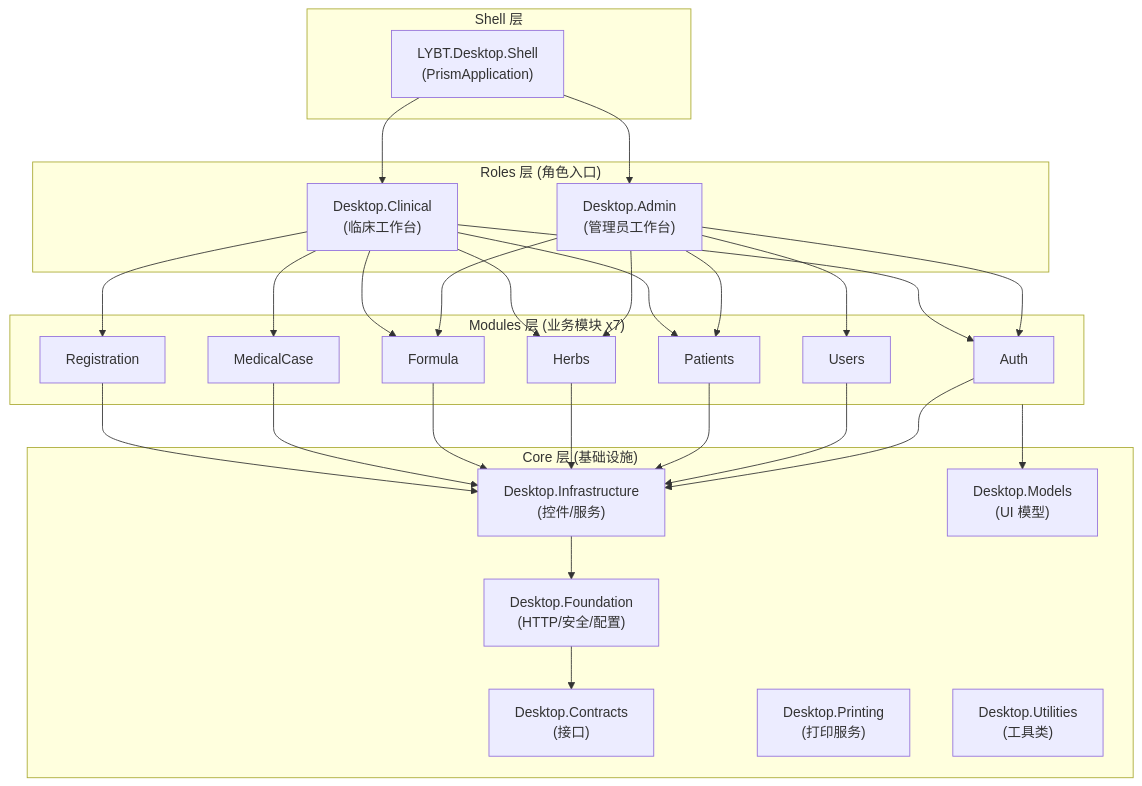
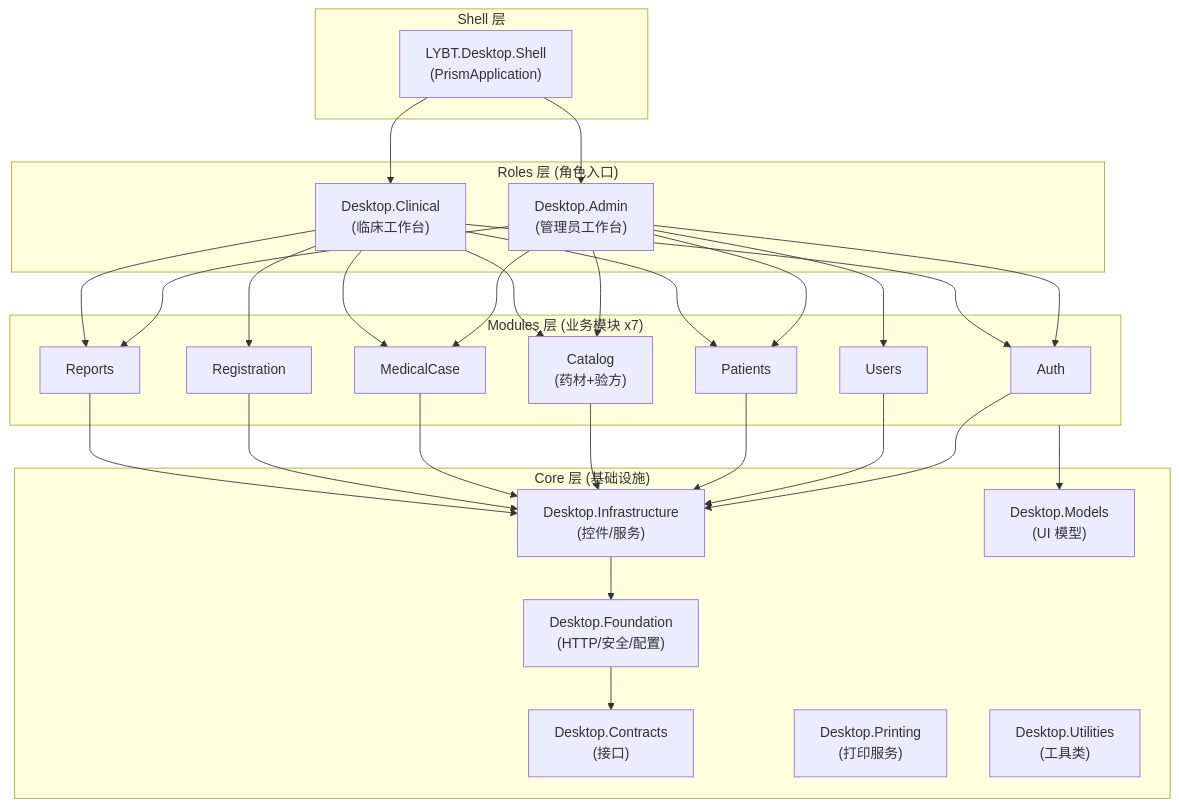
Before and after one commit to shouqitao/LYBTZYZS: the diagram in docs/03-architecture/02-desktop.md, drawn with Mermaid. The commit also changed other lines of this file and 4 other files, not shown here.

````diff
--- a/docs/03-architecture/02-desktop.md
+++ b/docs/03-architecture/02-desktop.md
@@ -12,37 +12,37 @@
 ```mermaid
 graph TB
     subgraph Shell["Shell 层"]
         App["LYBT.Desktop.Shell<br>(PrismApplication)"]
     end
 
     subgraph Roles["Roles 层 (角色入口)"]
         Admin["Desktop.Admin<br>(管理员工作台)"]
         Clinical["Desktop.Clinical<br>(临床工作台)"]
     end
 
     subgraph Modules["Modules 层 (业务模块 x7)"]
         M_Auth["Auth"]
         M_Users["Users"]
         M_Patients["Patients"]
-        M_Herbs["Herbs"]
-        M_Formula["Formula"]
+        M_Catalog["Catalog<br>(药材+验方)"]
         M_MC["MedicalCase"]
         M_Reg["Registration"]
+        M_Reports["Reports"]
     end
 
     subgraph Core["Core 层 (基础设施)"]
         Contracts["Desktop.Contracts<br>(接口)"]
         Foundation["Desktop.Foundation<br>(HTTP/安全/配置)"]
         Infrastructure["Desktop.Infrastructure<br>(控件/服务)"]
         Models["Desktop.Models<br>(UI 模型)"]
         Printing["Desktop.Printing<br>(打印服务)"]
         Utilities["Desktop.Utilities<br>(工具类)"]
     end
 
     App --> Admin & Clinical
-    Admin --> M_Auth & M_Users & M_Patients & M_Herbs & M_Formula
-    Clinical --> M_Auth & M_Patients & M_MC & M_Reg & M_Herbs & M_Formula
-    M_Auth & M_Users & M_Patients & M_Herbs & M_Formula & M_MC & M_Reg --> Infrastructure
+    Admin --> M_Auth & M_Users & M_Patients & M_Catalog & M_MC & M_Reports
+    Clinical --> M_Auth & M_Patients & M_Catalog & M_MC & M_Reg & M_Reports
+    M_Auth & M_Users & M_Patients & M_Catalog & M_MC & M_Reg & M_Reports --> Infrastructure
     Infrastructure --> Foundation --> Contracts
     Modules --> Models
 ```
````
